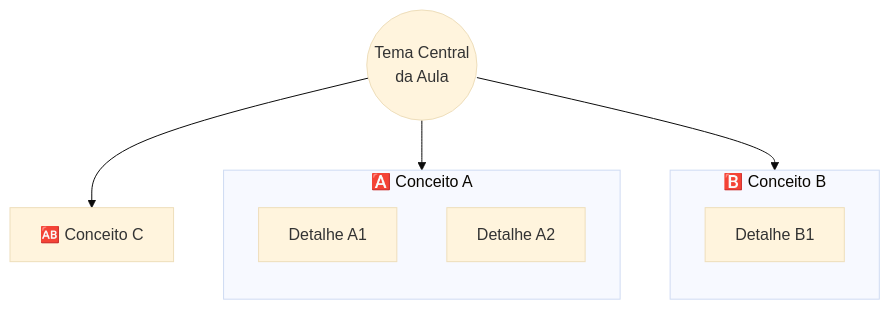
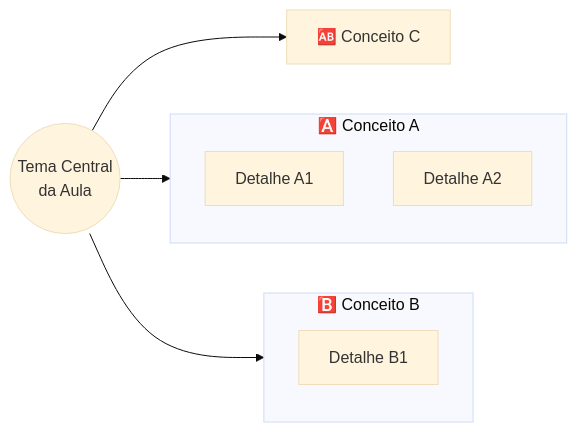
The diagram in templates/AULA_TEMPLATE.md (GTI-Fatec-Jahu/BDA-GTI-2026-2), drawn with Mermaid (base theme) before and after one commit. The commit also changed other lines of this file and 2 other files, not shown here.

First line of the commit message:
Corrige mapa mental ficando ilegível: flowchart LR em vez de TD

````diff
--- a/templates/AULA_TEMPLATE.md
+++ b/templates/AULA_TEMPLATE.md
@@ -40,19 +44,19 @@
 ```mermaid
-flowchart TD
+flowchart LR
     ROOT(("Tema Central<br/>da Aula"))
 
     ROOT --> T1
     subgraph T1["🅰️ Conceito A"]
         direction TB
         T1A["Detalhe A1"]
         T1B["Detalhe A2"]
     end
 
     ROOT --> T2
     subgraph T2["🅱️ Conceito B"]
         direction TB
         T2A["Detalhe B1"]
     end
 
     ROOT --> T3["🆎 Conceito C"]
 ```
````
